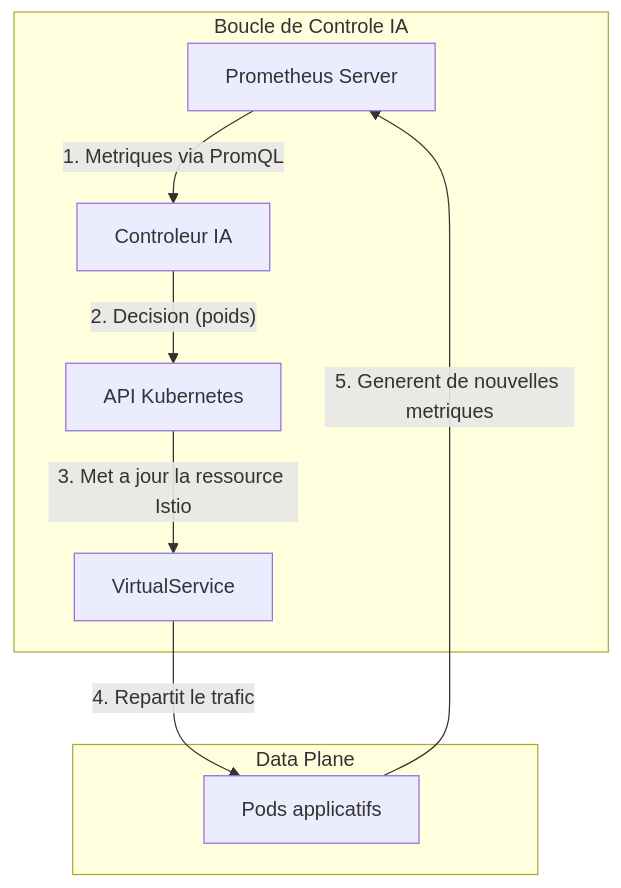
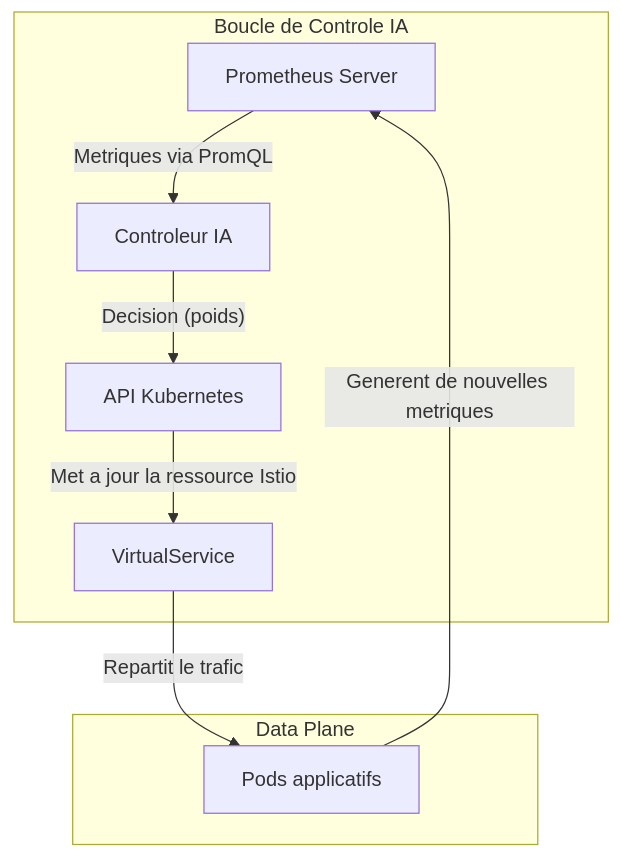
Before and after one commit to HarcheSamir/esisba-lirmm-ecommerce: the ninth of 9 diagrams in sprint3.md, drawn with Mermaid. The commit also changed other lines of this file, not shown here.

````diff
--- a/sprint3.md
+++ b/sprint3.md
@@ -482,12 +473,12 @@
 ```mermaid
 graph TD
     subgraph "Boucle de Controle IA"
-        Prometheus["Prometheus Server"] -- "1. Metriques via PromQL" --> AI_Controller["Controleur IA"];
-        AI_Controller -- "2. Decision (poids)" --> K8s_API["API Kubernetes"];
-        K8s_API -- "3. Met a jour la ressource Istio" --> VS["VirtualService"];
+        Prometheus["Prometheus Server"] -- "Metriques via PromQL" --> AI_Controller["Controleur IA"];
+        AI_Controller -- "Decision (poids)" --> K8s_API["API Kubernetes"];
+        K8s_API -- "Met a jour la ressource Istio" --> VS["VirtualService"];
     end
     subgraph "Data Plane"
-        VS -- "4. Repartit le trafic" --> ServicePods["Pods applicatifs"];
+        VS -- "Repartit le trafic" --> ServicePods["Pods applicatifs"];
     end
-    ServicePods -- "5. Generent de nouvelles metriques" --> Prometheus;
+    ServicePods -- "Generent de nouvelles metriques" --> Prometheus;
 ```
````
